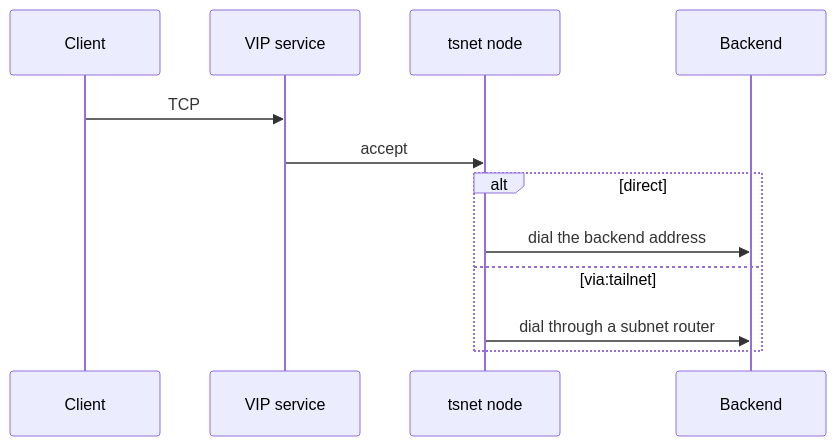
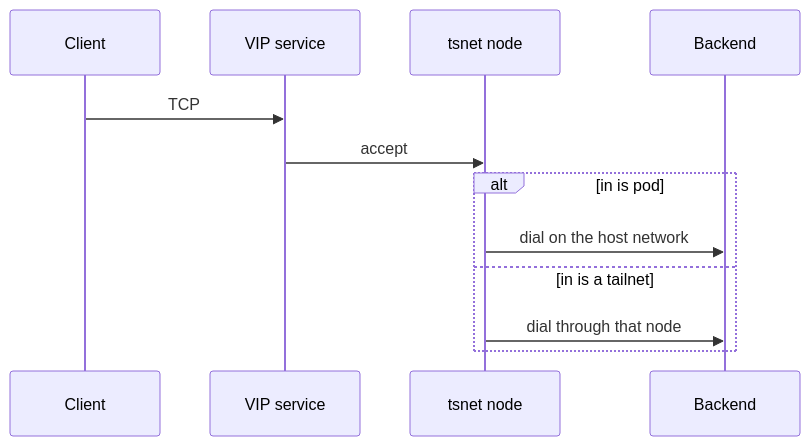
The second of 2 diagrams in README.md (rajsinghtech/tailnetlink), drawn with Mermaid before and after one commit. The commit also changed other lines of this file and 46 other files, not shown here.

````diff
--- a/README.md
+++ b/README.md
@@ -24,14 +24,14 @@
 ```mermaid
 sequenceDiagram
   participant C as Client
   participant V as VIP service
   participant N as tsnet node
   participant B as Backend
   C->>V: TCP
   V->>N: accept
-  alt direct
-    N->>B: dial the backend address
-  else via:tailnet
-    N->>B: dial through a subnet router
+  alt in is pod
+    N->>B: dial on the host network
+  else in is a tailnet
+    N->>B: dial through that node
   end
 ```
````
